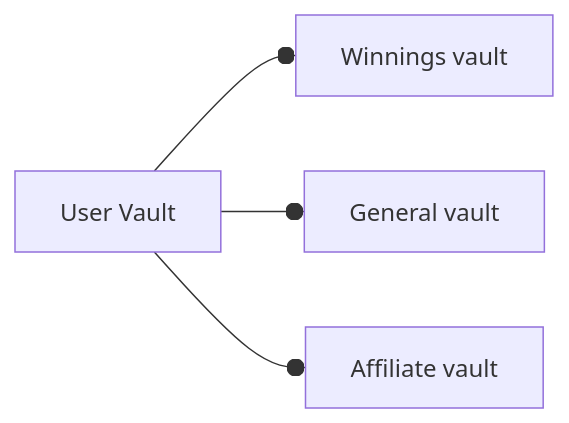
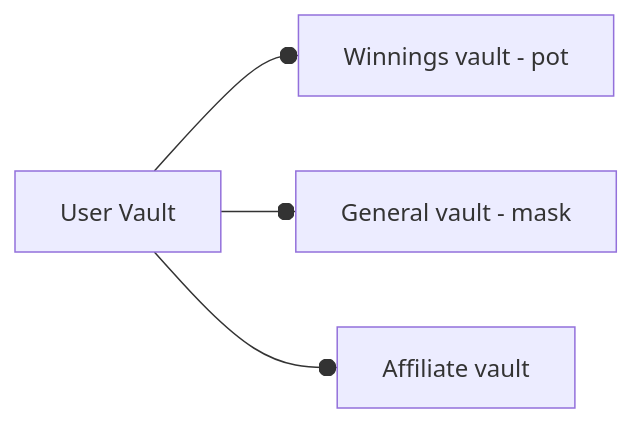
Before and after one commit to 0x171-0/FoMoXD: the fifth of 6 diagrams in README.md, drawn with Mermaid. The commit also changed other lines of this file and 3 other files, not shown here.

````diff
--- a/README.md
+++ b/README.md
@@ -137,7 +140,7 @@
 ```mermaid
 flowchart LR
-    1[User Vault] --o 2[Winnings vault]
-    1 --o 3[General vault]
+    1[User Vault] --o 2[Winnings vault - pot]
+    1 --o 3[General vault - mask]
     1 --o 4[Affiliate vault]
     
 ```
````
